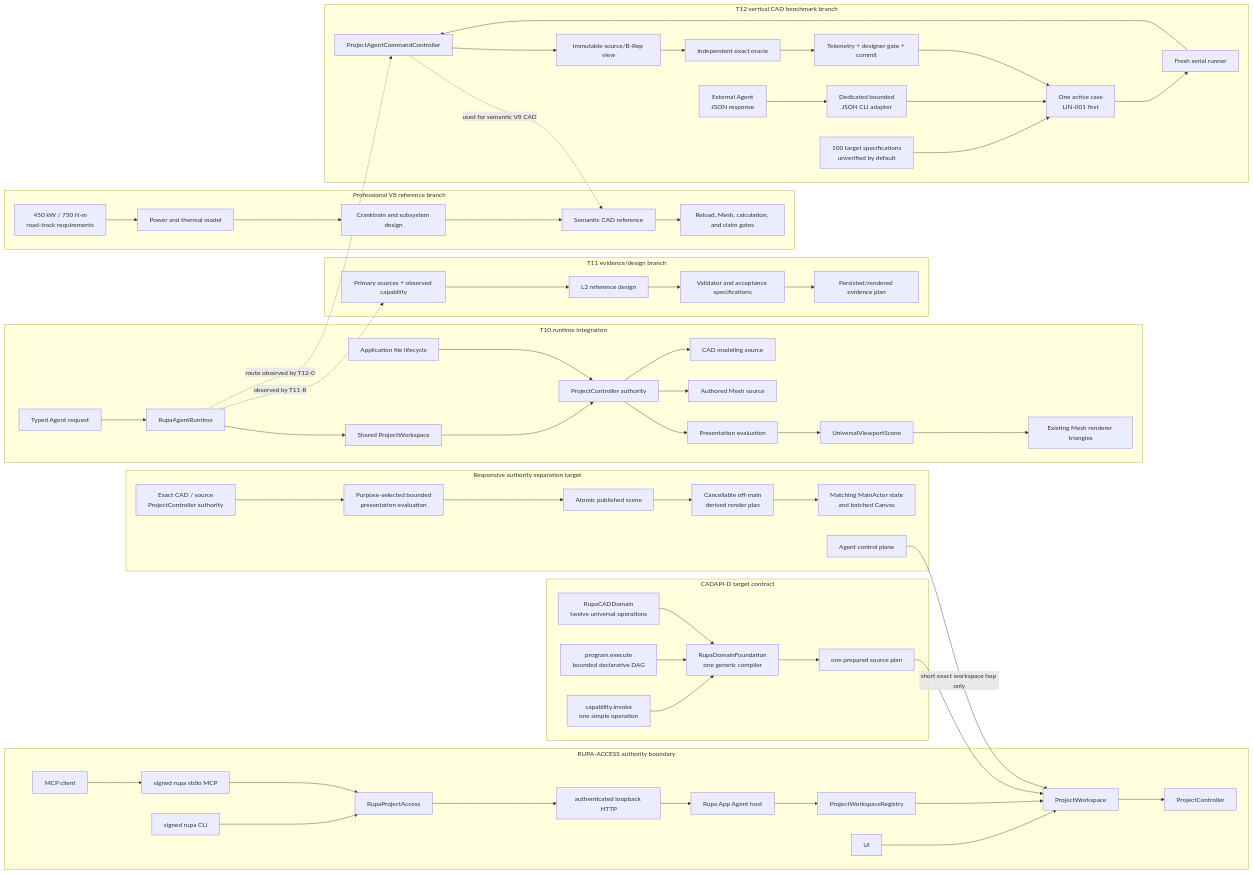
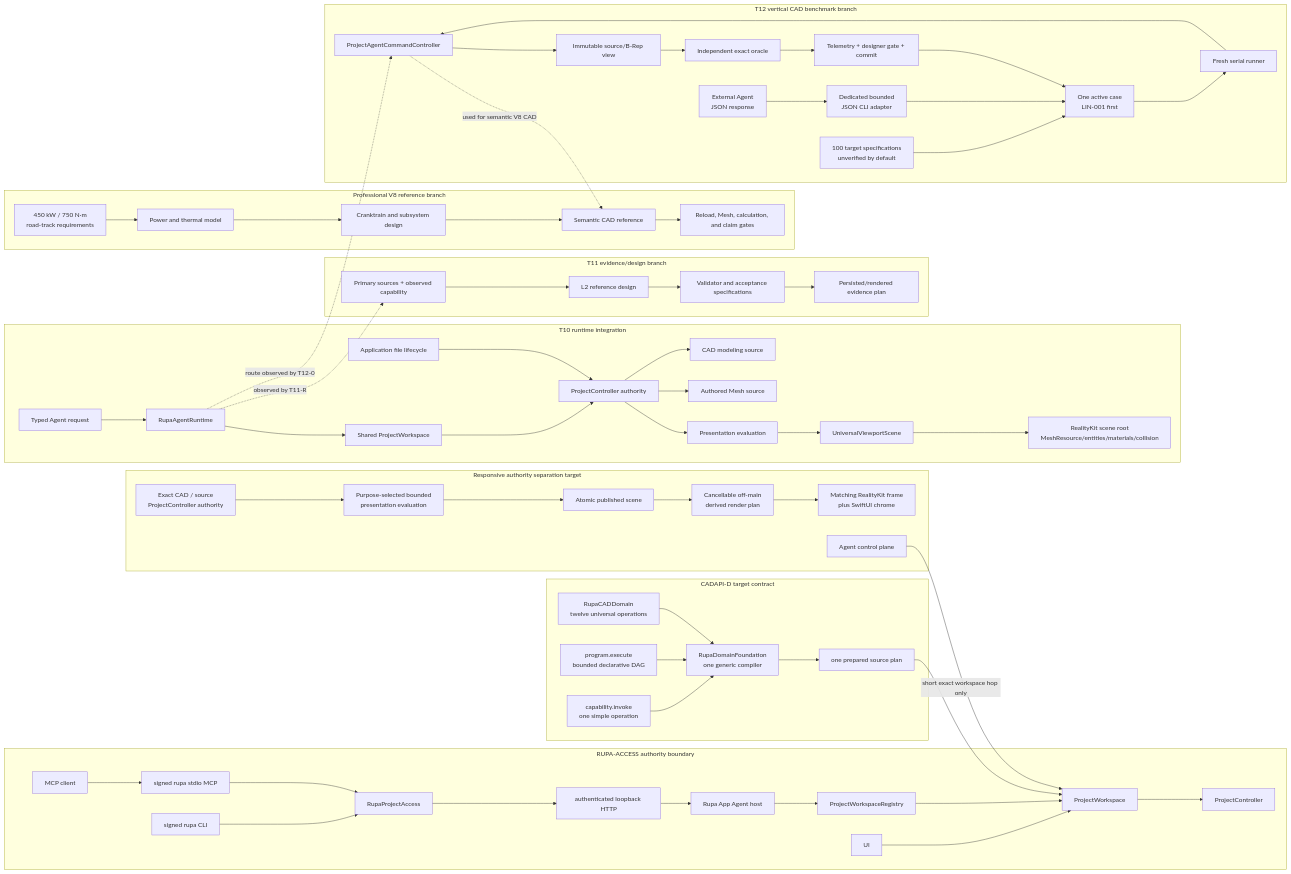
One commit to 1amageek/Rupa changed the first of 4 diagrams in DESIGN.md. Above: the diagram before and after it, drawn with Mermaid. The commit also changed other lines of this file and 76 other files, not shown here.

Commit message:
feat: render viewport surfaces with native RealityKit cameras

````diff
--- a/DESIGN.md
+++ b/DESIGN.md
@@ -106,64 +132,64 @@
 ```mermaid
 flowchart LR
     subgraph Access["RUPA-ACCESS authority boundary"]
         UIAccess["UI"] --> WorkspaceAuthority["ProjectWorkspace"]
         CLIAccess["signed rupa CLI"] --> AccessAPI
         MCPClient["MCP client"] --> MCPAccess["signed rupa stdio MCP"]
         MCPAccess --> AccessAPI
         AccessAPI["RupaProjectAccess"] --> LiveAdapter["authenticated loopback HTTP"]
         LiveAdapter --> AppHost["Rupa App Agent host"]
         AppHost --> WorkspaceRegistry["ProjectWorkspaceRegistry"]
         WorkspaceRegistry --> WorkspaceAuthority
         WorkspaceAuthority --> ControllerAuthority["ProjectController"]
     end
     subgraph T10["T10 runtime integration"]
         Agent["Typed Agent request"] --> Runtime["RupaAgentRuntime"]
         Runtime --> Workspace["Shared ProjectWorkspace"]
         Workspace --> Project["ProjectController authority"]
         Project --> CAD["CAD modeling source"]
         Project --> Mesh["Authored Mesh source"]
         Project --> Eval["Presentation evaluation"]
         Eval --> Scene["UniversalViewportScene"]
-        Scene --> Render["Existing Mesh renderer triangles"]
+        Scene --> Render["RealityKit scene root\nMeshResource/entities/materials/collision"]
         App["Application file lifecycle"] --> Project
     end
     subgraph CADAPI["CADAPI-D target contract"]
         Direct["capability.invoke\none simple operation"] --> Semantic["RupaDomainFoundation\none generic compiler"]
         Program["program.execute\nbounded declarative DAG"] --> Semantic
         CADRegistry["RupaCADDomain\ntwelve universal operations"] --> Semantic
         Semantic --> Prepared["one prepared source plan"]
         Prepared --> WorkspaceAuthority
     end
     subgraph T11["T11 evidence/design branch"]
         Sources["Primary sources + observed capability"] --> Reference["L2 reference design"]
         Reference --> Acceptance["Validator and acceptance specifications"]
         Acceptance --> ArtifactEvidence["Persisted/rendered evidence plan"]
     end
     subgraph T12["T12 vertical CAD benchmark branch"]
         Challenge["100 target specifications\nunverified by default"] --> Active["One active case\nLIN-001 first"]
         External["External Agent\nJSON response"] --> Adapter["Dedicated bounded\nJSON CLI adapter"]
         Adapter --> Active
         Active --> Runner["Fresh serial runner"]
         Runner --> AgentRoute["ProjectAgentCommandController"]
         AgentRoute --> SourceSnapshot["Immutable source/B-Rep view"]
         SourceSnapshot --> Oracle["Independent exact oracle"]
         Oracle --> Gate["Telemetry + designer gate + commit"]
         Gate --> Active
     end
     subgraph V8["Professional V8 reference branch"]
         V8Req["450 kW / 750 N·m\nroad-track requirements"] --> V8Thermal["Power and thermal model"]
         V8Thermal --> V8Mechanical["Cranktrain and subsystem design"]
         V8Mechanical --> V8CAD["Semantic CAD reference"]
         V8CAD --> V8Evidence["Reload, Mesh, calculation, and claim gates"]
     end
     subgraph Responsive["Responsive authority separation target"]
         Exact["Exact CAD / source\nProjectController authority"] --> Bounded["Purpose-selected bounded\npresentation evaluation"]
         Bounded --> Published["Atomic published scene"]
         Published --> Derived["Cancellable off-main\nderived render plan"]
-        Derived --> Main["Matching MainActor state\nand batched Canvas"]
+        Derived --> Main["Matching RealityKit frame\nplus SwiftUI chrome"]
         Control["Agent control plane"] -->|short exact workspace hop only| WorkspaceAuthority
     end
     Runtime -. "observed by T11-R" .-> Sources
     Runtime -. "route observed by T12-0" .-> AgentRoute
     AgentRoute -. "used for semantic V8 CAD" .-> V8CAD
 ```
````
